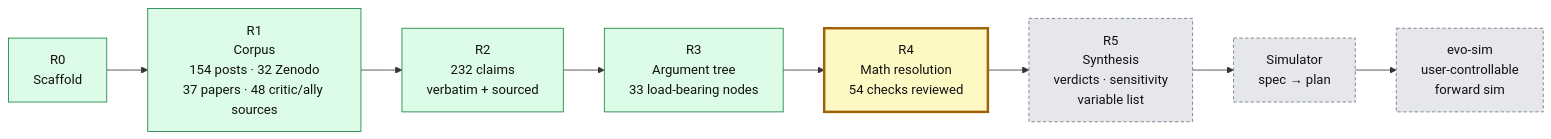
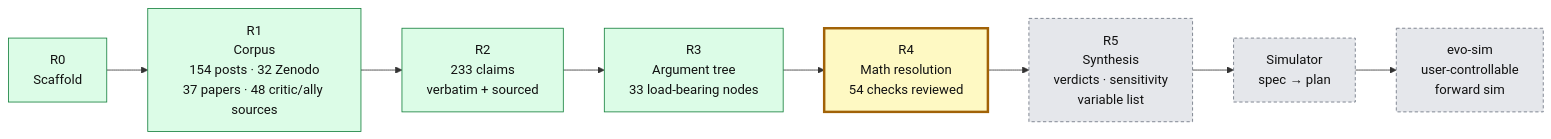
The second of 2 diagrams in README.md (nickallevato/evo-sim), drawn with Mermaid before and after one commit. The commit also changed other lines of this file and 14 other files, not shown here.

````diff
--- a/README.md
+++ b/README.md
@@ -231,14 +231,14 @@
 ```mermaid
 flowchart LR
   R0["R0<br/>Scaffold"]:::done --> R1["R1<br/>Corpus<br/>154 posts · 32 Zenodo<br/>37 papers · 48 critic/ally sources"]:::done
-  R1 --> R2["R2<br/>232 claims<br/>verbatim + sourced"]:::done
+  R1 --> R2["R2<br/>233 claims<br/>verbatim + sourced"]:::done
   R2 --> R3["R3<br/>Argument tree<br/>33 load-bearing nodes"]:::done
   R3 --> R4["R4<br/>Math resolution<br/>54 checks reviewed"]:::active
   R4 --> R5["R5<br/>Synthesis<br/>verdicts · sensitivity<br/>variable list"]:::todo
   R5 --> S1["Simulator<br/>spec → plan"]:::todo
   S1 --> S2["evo-sim<br/>user-controllable<br/>forward sim"]:::todo
 
   classDef done fill:#dcfce7,stroke:#15803d,color:#111
   classDef active fill:#fef9c3,stroke:#a16207,stroke-width:3px,color:#111
   classDef todo fill:#e5e7eb,stroke:#6b7280,color:#111,stroke-dasharray:4 3
 ```
````
